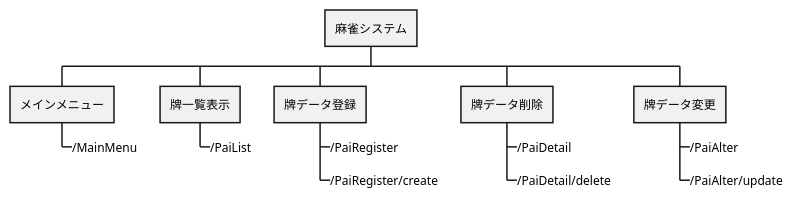
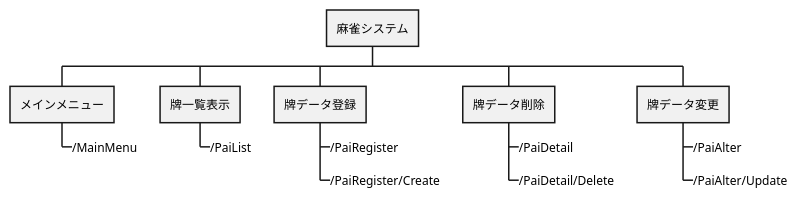
Before and after one commit to NakataTPD/2018-k-web-training: the first of 9 diagrams in document/詳細設計書/詳細設計書.md, drawn with PlantUML. The commit also changed other lines of this file and 1 other file, not shown here.

````diff
--- a/document/詳細設計書/詳細設計書.md
+++ b/document/詳細設計書/詳細設計書.md
@@ -82,18 +82,18 @@
 ```puml
 @startwbs
 + 麻雀システム
 ++ メインメニュー
 +++_ /MainMenu
 ++ 牌一覧表示
 +++_ /PaiList
 ++ 牌データ登録
 +++_ /PaiRegister
-+++_ /PaiRegister/create
++++_ /PaiRegister/Create
 ++ 牌データ削除
 +++_ /PaiDetail
-+++_ /PaiDetail/delete
++++_ /PaiDetail/Delete
 ++ 牌データ変更
 +++_ /PaiAlter
-+++_ /PaiAlter/update
++++_ /PaiAlter/Update
 @endwbs
 ```
````
